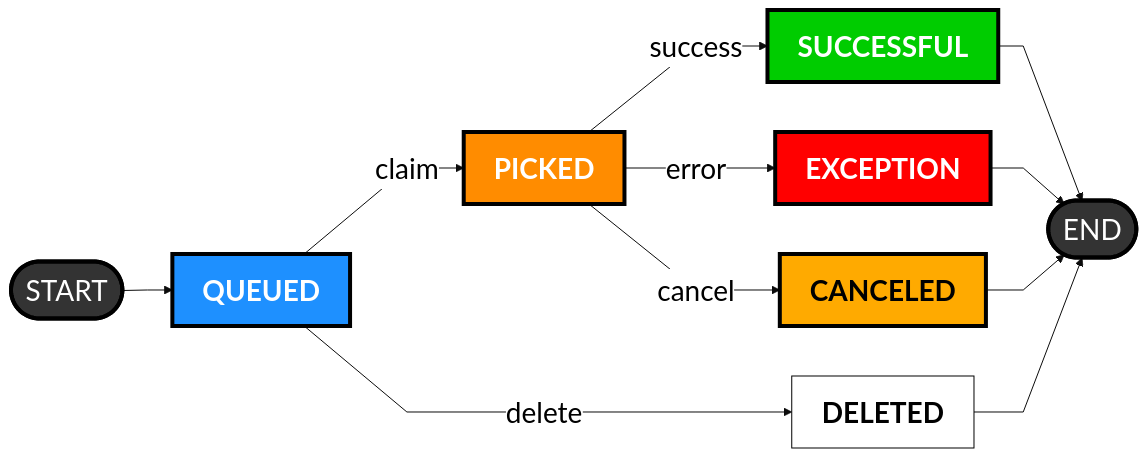
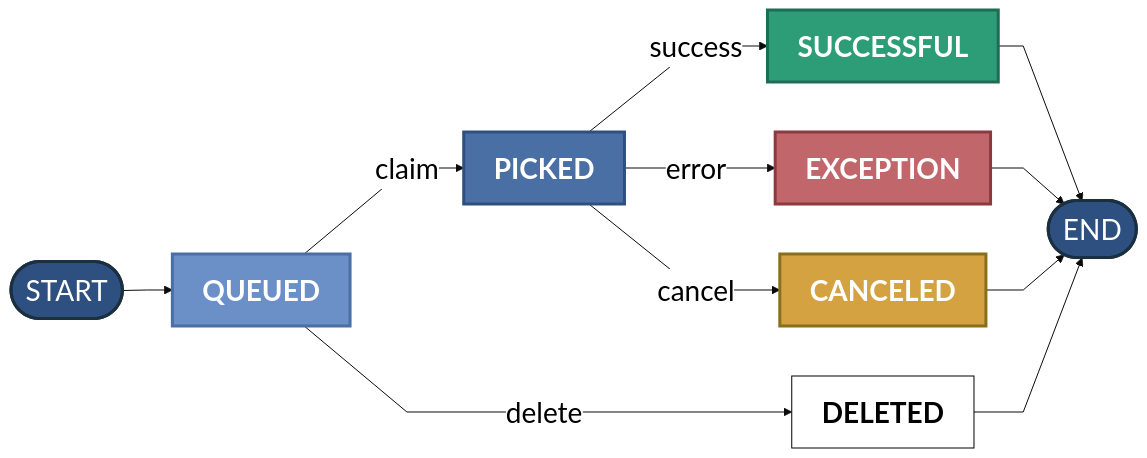
One commit to janbjorge/pgqueuer changed the third of 3 diagrams in docs/reference/architecture.md. Above: the diagram before and after it, drawn with Mermaid. The commit also changed other lines of this file and 2 other files, not shown here.

Commit message:
docs: fix diagram colors to match PgQueuer brand palette
Replaced jarring neon colors with cohesive, professional color scheme:
- Light slate blue (#6B8FC7) for queued/waiting states
- Brand blue (#4A6FA5) for picked/processing states
- Muted teal (#2D9D78) for successful states
- Muted burgundy (#C1666B) for exception/error states
- Muted amber (#D4A240) for canceled/decision states
- Dark blue (#2E5080) for database/terminal states

All colors now complement the PgQueuer brand identity and page design.
Text remains bold 24-28px for legibility.

````diff
--- a/docs/reference/architecture.md
+++ b/docs/reference/architecture.md
@@ -105,28 +105,28 @@
 ```mermaid
-%%{init: {'flowchart': {'htmlLabels': true, 'curve': 'linear'}, 'theme': 'base', 'themeVariables': {'primaryColor':'#fff', 'primaryTextColor':'#000', 'primaryBorderColor':'#000', 'fontSize': '28px', 'fontFamily': 'Arial, sans-serif', 'tertiaryColor': '#fff', 'tertiaryTextColor': '#000', 'tertiaryBorderColor': '#000'}}}%%
+%%{init: {'flowchart': {'htmlLabels': true, 'curve': 'linear'}, 'theme': 'base', 'themeVariables': {'primaryColor':'#fff', 'primaryTextColor':'#000', 'primaryBorderColor':'#000', 'fontSize': '28px', 'fontFamily': 'Inter, sans-serif'}}}%%
 flowchart LR
     Start(["START"]) --> Queued["<b style='font-size:28px'>QUEUED</b>"]
     Queued -->|"claim"| Picked["<b style='font-size:28px'>PICKED</b>"]
     Queued -->|"delete"| Deleted["<b style='font-size:28px'>DELETED</b>"]
     Picked -->|"success"| Success["<b style='font-size:28px'>SUCCESSFUL</b>"]
     Picked -->|"error"| Exception["<b style='font-size:28px'>EXCEPTION</b>"]
     Picked -->|"cancel"| Canceled["<b style='font-size:28px'>CANCELED</b>"]
     Success --> End(["END"])
     Exception --> End
     Canceled --> End
     Deleted --> End
 
-    classDef queuedStyle fill:#1e90ff,stroke:#000,stroke-width:4px,color:#fff
-    classDef pickedStyle fill:#ff8c00,stroke:#000,stroke-width:4px,color:#fff
-    classDef successStyle fill:#00cc00,stroke:#000,stroke-width:4px,color:#fff
-    classDef exceptionStyle fill:#ff0000,stroke:#000,stroke-width:4px,color:#fff
-    classDef canceledStyle fill:#ffaa00,stroke:#000,stroke-width:4px,color:#000
-    classDef terminalStyle fill:#333,stroke:#000,stroke-width:4px,color:#fff
+    classDef queuedStyle fill:#6B8FC7,stroke:#4A6FA5,stroke-width:3px,color:#fff
+    classDef pickedStyle fill:#4A6FA5,stroke:#2E5080,stroke-width:3px,color:#fff
+    classDef successStyle fill:#2D9D78,stroke:#1d6d55,stroke-width:3px,color:#fff
+    classDef exceptionStyle fill:#C1666B,stroke:#8b3a3f,stroke-width:3px,color:#fff
+    classDef canceledStyle fill:#D4A240,stroke:#8b6e1a,stroke-width:3px,color:#fff
+    classDef terminalStyle fill:#2E5080,stroke:#1a2f40,stroke-width:3px,color:#fff
 
     class Queued queuedStyle
     class Picked pickedStyle
     class Success successStyle
     class Exception exceptionStyle
     class Canceled canceledStyle
     class Start,End terminalStyle
 ```
````
